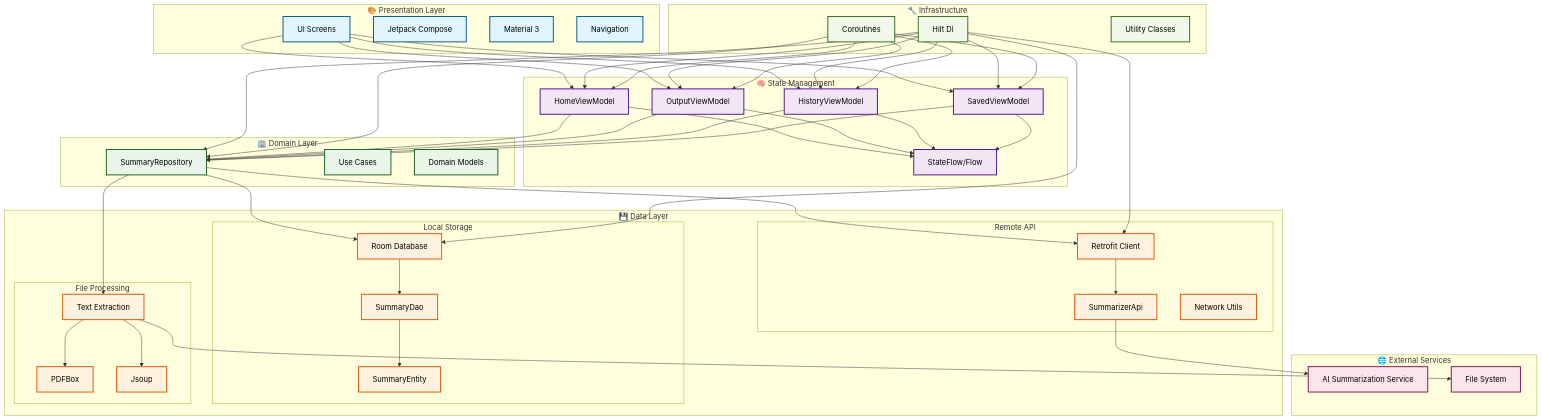
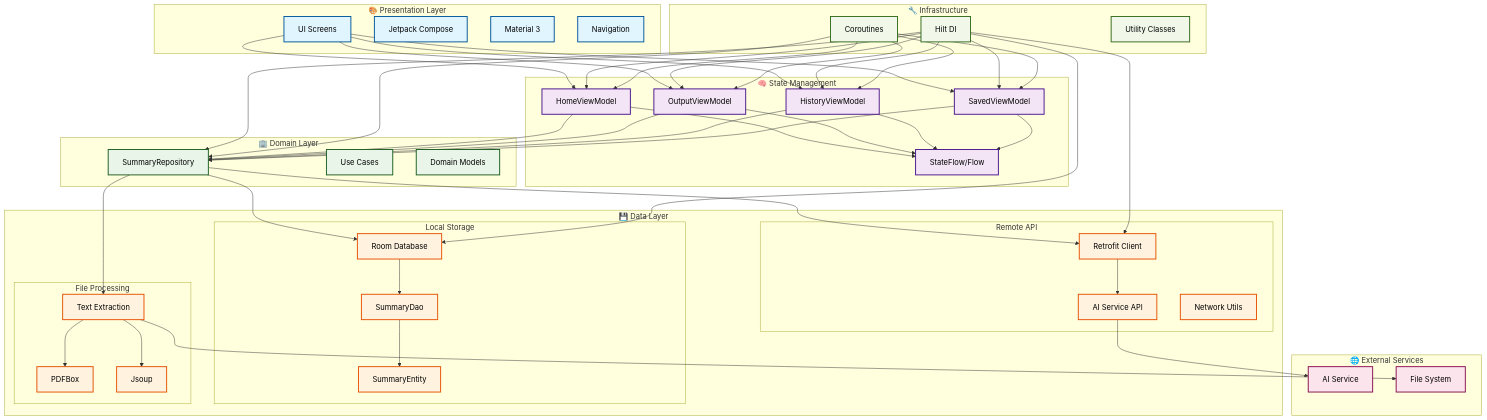
The diagram in ReadMe.md (MingLu0/SummarizeAI), drawn with Mermaid before and after one commit. The commit also changed other lines of this file and 1 other file, not shown here.

```diff
--- a/ReadMe.md
+++ b/ReadMe.md
@@ -74,7 +74,7 @@
         
         subgraph "Remote API"
             Retrofit[Retrofit Client]
-            API[SummarizerApi]
+            API[AI Service API]
             Network[Network Utils]
         end
         
@@ -87,7 +87,7 @@
 
     %% External Services
     subgraph "🌐 External Services"
-        AIService[AI Summarization Service]
+        AIService[AI Service]
         FileSystem[File System]
     end
 
```
